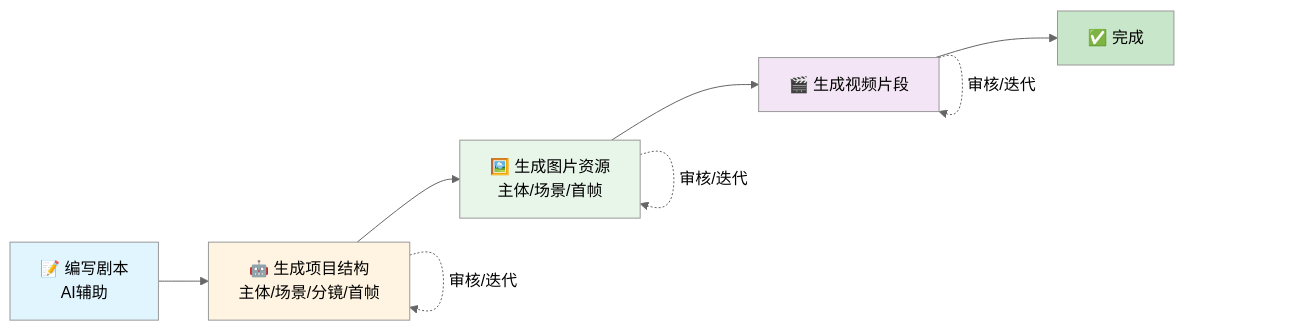
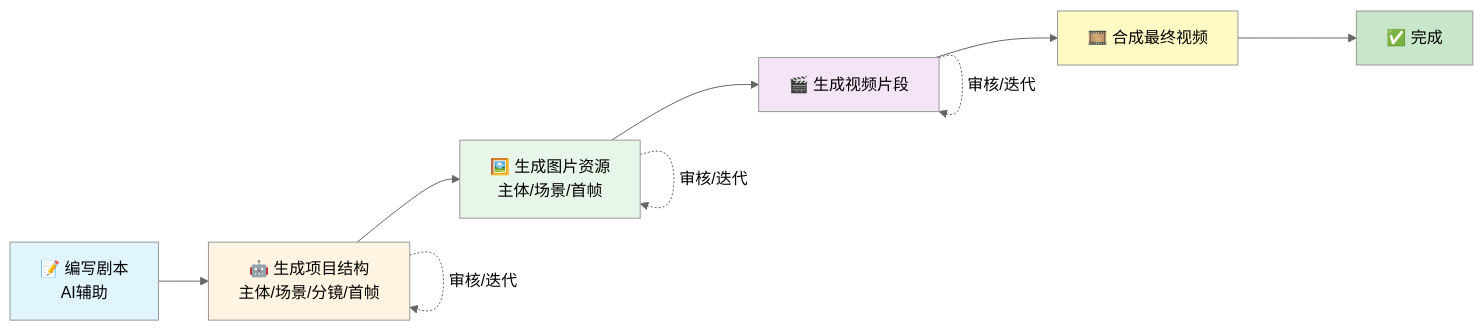
One commit to Cici2014/vibevideo changed the diagram in README_CN.md. Above: the diagram before and after it, drawn with Mermaid (neutral theme). The commit also changed other lines of this file and 5 other files, not shown here.

````diff
--- a/README_CN.md
+++ b/README_CN.md
@@ -42,17 +42,19 @@
 ```mermaid
 flowchart LR
     A[📝 编写剧本<br/>AI辅助] --> B[🤖 生成项目结构<br/>主体/场景/分镜/首帧]
     B --> C[🖼️ 生成图片资源<br/>主体/场景/首帧]
     C --> D[🎬 生成视频片段]
-    D --> E[✅ 完成]
+    D --> E[🎞️ 合成最终视频]
+    E --> F[✅ 完成]
     
     B -.审核/迭代.-> B
     C -.审核/迭代.-> C
     D -.审核/迭代.-> D
     
     style A fill:#e1f5ff
     style B fill:#fff4e1
     style C fill:#e8f5e9
     style D fill:#f3e5f5
-    style E fill:#c8e6c9
+    style E fill:#fff9c4
+    style F fill:#c8e6c9
 ```
````
